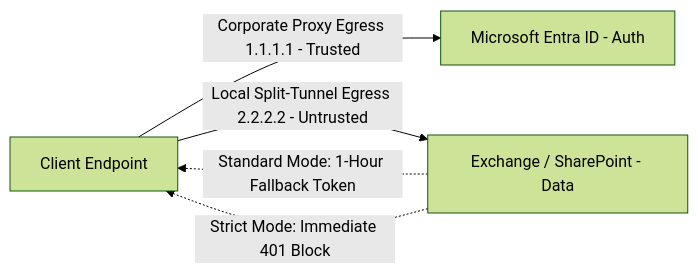
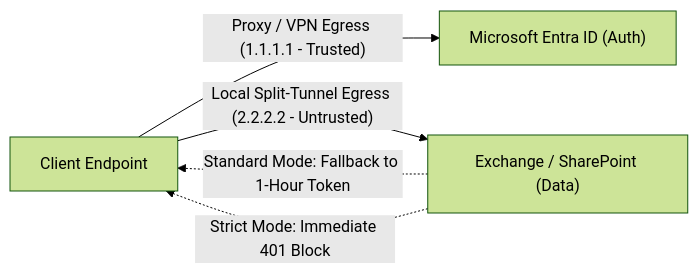
Before and after one commit to CloudByPascal/cloudbypascal.github.io: the fourth of 4 diagrams in content/posts/demystifying-continuous-access-evaluation.md, drawn with Mermaid (forest theme). The commit also changed other lines of this file, not shown here.

Commit message:
feat: add article demystifying Microsoft Entra Continuous Access Evaluation and claims challenges

````diff
--- a/content/posts/demystifying-continuous-access-evaluation.md
+++ b/content/posts/demystifying-continuous-access-evaluation.md
@@ -122,12 +234,12 @@
 ```mermaid
 flowchart LR
-    User[Client Endpoint]
-    Entra[Microsoft Entra ID - Auth]
-    M365[Exchange / SharePoint - Data]
+    User["Client Endpoint"]
+    Entra["Microsoft Entra ID (Auth)"]
+    M365["Exchange / SharePoint (Data)"]
 
-    User -->|Corporate Proxy Egress 1.1.1.1 - Trusted| Entra
-    User -->|Local Split-Tunnel Egress 2.2.2.2 - Untrusted| M365
-
-    M365 -. Standard Mode: 1-Hour Fallback Token .-> User
-    M365 -. Strict Mode: Immediate 401 Block .-> User
+    User -->|"Proxy / VPN Egress (1.1.1.1 - Trusted)"| Entra
+    User -->|"Local Split-Tunnel Egress (2.2.2.2 - Untrusted)"| M365
+    
+    M365 -.->|"Standard Mode: Fallback to 1-Hour Token"| User
+    M365 -.->|"Strict Mode: Immediate 401 Block"| User
 ```
````
